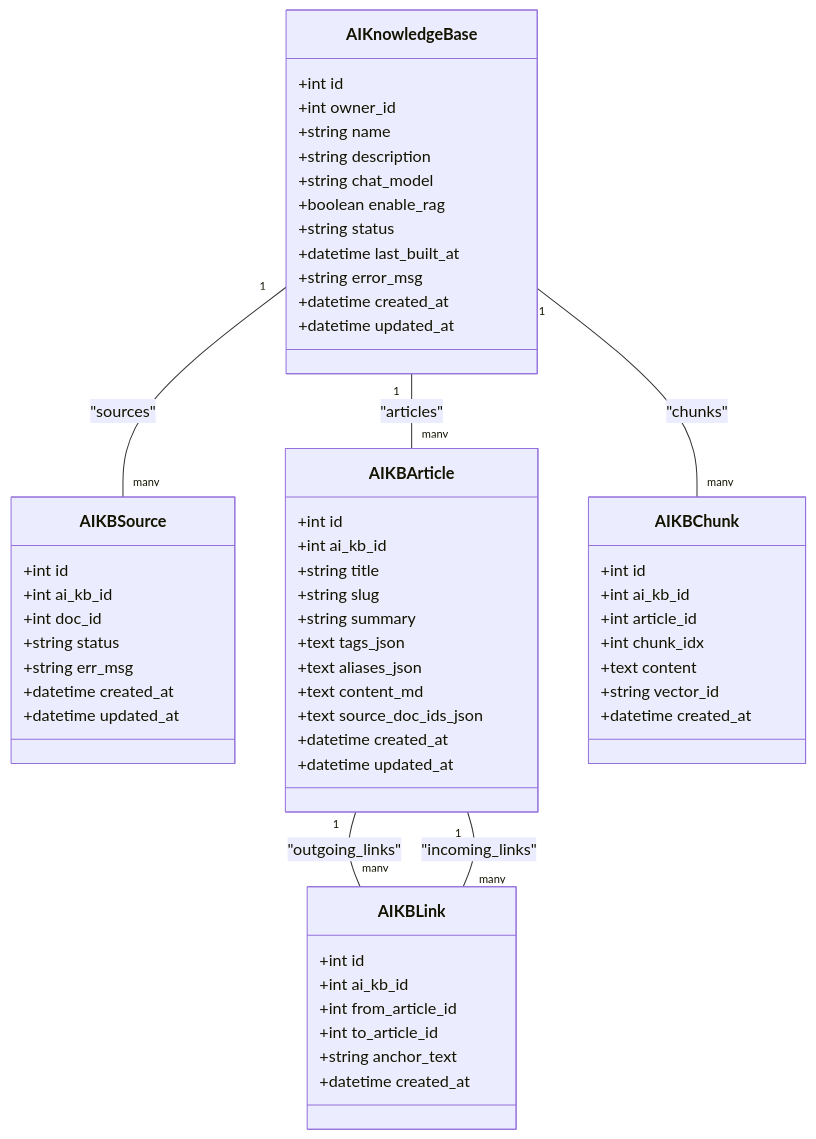
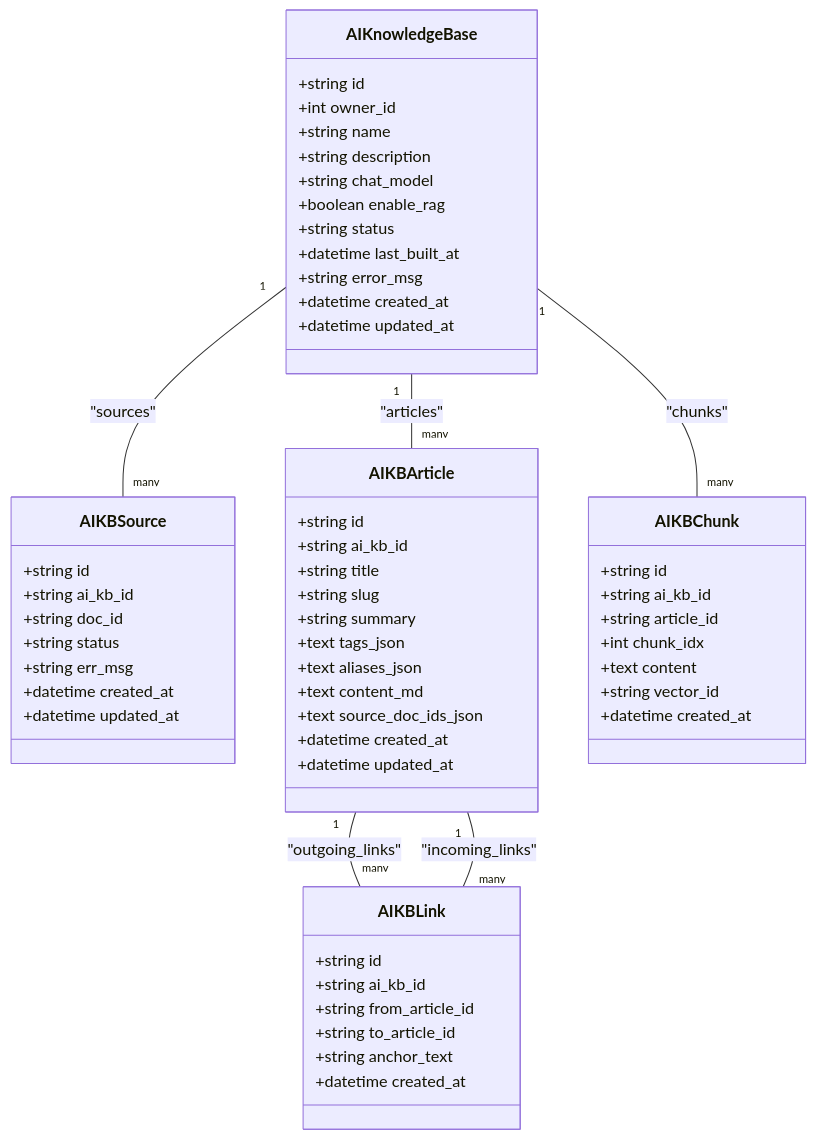
One commit to beyondalbert/my_wiki changed the sixth of 7 diagrams in .qoder/repowiki/zh/content/数据模型设计/数据模型设计.md. Above: the diagram before and after it, drawn with Mermaid. The commit also changed other lines of this file and 21 other files, not shown here.

````diff
--- a/.qoder/repowiki/zh/content/数据模型设计/数据模型设计.md
+++ b/.qoder/repowiki/zh/content/数据模型设计/数据模型设计.md
@@ -354,60 +383,60 @@
 ```mermaid
 classDiagram
 class AIKnowledgeBase {
-+int id
++string id
 +int owner_id
 +string name
 +string description
 +string chat_model
 +boolean enable_rag
 +string status
 +datetime last_built_at
 +string error_msg
 +datetime created_at
 +datetime updated_at
 }
 class AIKBSource {
-+int id
-+int ai_kb_id
-+int doc_id
++string id
++string ai_kb_id
++string doc_id
 +string status
 +string err_msg
 +datetime created_at
 +datetime updated_at
 }
 class AIKBArticle {
-+int id
-+int ai_kb_id
++string id
++string ai_kb_id
 +string title
 +string slug
 +string summary
 +text tags_json
 +text aliases_json
 +text content_md
 +text source_doc_ids_json
 +datetime created_at
 +datetime updated_at
 }
 class AIKBLink {
-+int id
-+int ai_kb_id
-+int from_article_id
-+int to_article_id
++string id
++string ai_kb_id
++string from_article_id
++string to_article_id
 +string anchor_text
 +datetime created_at
 }
 class AIKBChunk {
-+int id
-+int ai_kb_id
-+int article_id
++string id
++string ai_kb_id
++string article_id
 +int chunk_idx
 +text content
 +string vector_id
 +datetime created_at
 }
 AIKnowledgeBase "1" -- "many" AIKBSource : "sources"
 AIKnowledgeBase "1" -- "many" AIKBArticle : "articles"
 AIKBArticle "1" -- "many" AIKBLink : "outgoing_links"
 AIKBArticle "1" -- "many" AIKBLink : "incoming_links"
 AIKnowledgeBase "1" -- "many" AIKBChunk : "chunks"
 ```
````
